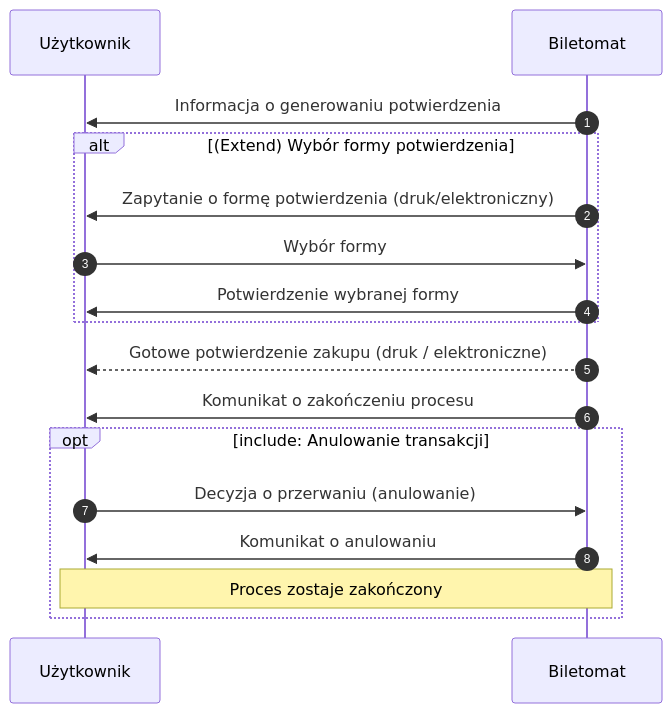
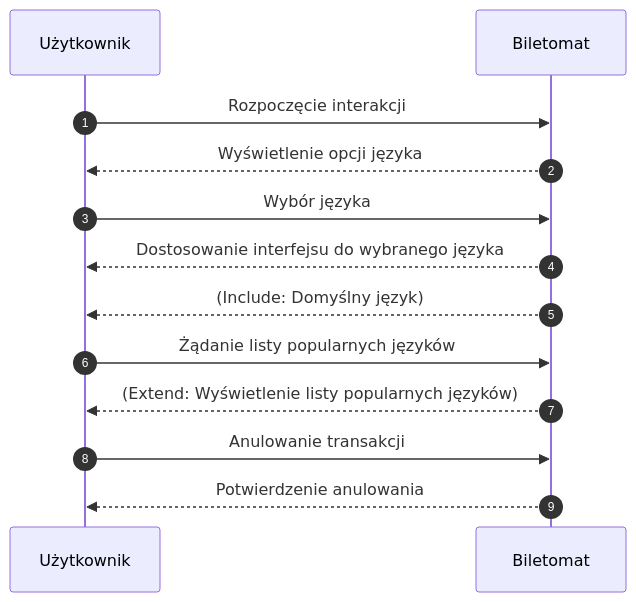
Before and after one commit to andrew967/MWO: the seventh of 8 diagrams in użytkownik.md, drawn with Mermaid. The commit also changed other lines of this file and 1 other file, not shown here.

Commit message:
Revert "Diagram sekwencyj kiril"

````diff
--- a/użytkownik.md
+++ b/użytkownik.md
@@ -319,25 +207,26 @@
 ```mermaid
 sequenceDiagram
     autonumber
     participant U as Użytkownik
     participant BT as Biletomat
-    BT->>U: Informacja o generowaniu potwierdzenia
 
-    alt (Extend) Wybór formy potwierdzenia
-        BT->>U: Zapytanie o formę potwierdzenia (druk/elektroniczny)
-        U->>BT: Wybór formy
-        BT->>U: Potwierdzenie wybranej formy
-    end
+    %% Użytkownik inicjuje interakcję – wybór języka
+    U->>BT: Rozpoczęcie interakcji
+    BT-->>U: Wyświetlenie opcji języka
 
-    %% Odebranie potwierdzenia
-    BT-->>U: Gotowe potwierdzenie zakupu (druk / elektroniczne)
-    BT->>U: Komunikat o zakończeniu procesu
+    %% Użytkownik dokonuje wyboru języka
+    U->>BT: Wybór języka
+    BT-->>U: Dostosowanie interfejsu do wybranego języka
 
-    %% Scenariusz Alternatywny - Anulowanie transakcji
-    opt include: Anulowanie transakcji
-        U->>BT: Decyzja o przerwaniu (anulowanie)
-        BT->>U: Komunikat o anulowaniu
-        note over U,BT: Proces zostaje zakończony
-    end
+    %% Relacja include: ustawienie domyślnego języka, jeżeli nie wybrano innej opcji
+    BT-->>U: (Include: Domyślny język)
+
+    %% Relacja extend: użytkownik może poprosić o alternatywne opcje
+    U->>BT: Żądanie listy popularnych języków
+    BT-->>U: (Extend: Wyświetlenie listy popularnych języków)
+
+    %% Użytkownik ma możliwość anulowania procesu w dowolnym momencie
+    U->>BT: Anulowanie transakcji
+    BT-->>U: Potwierdzenie anulowania
 
 ```
````
